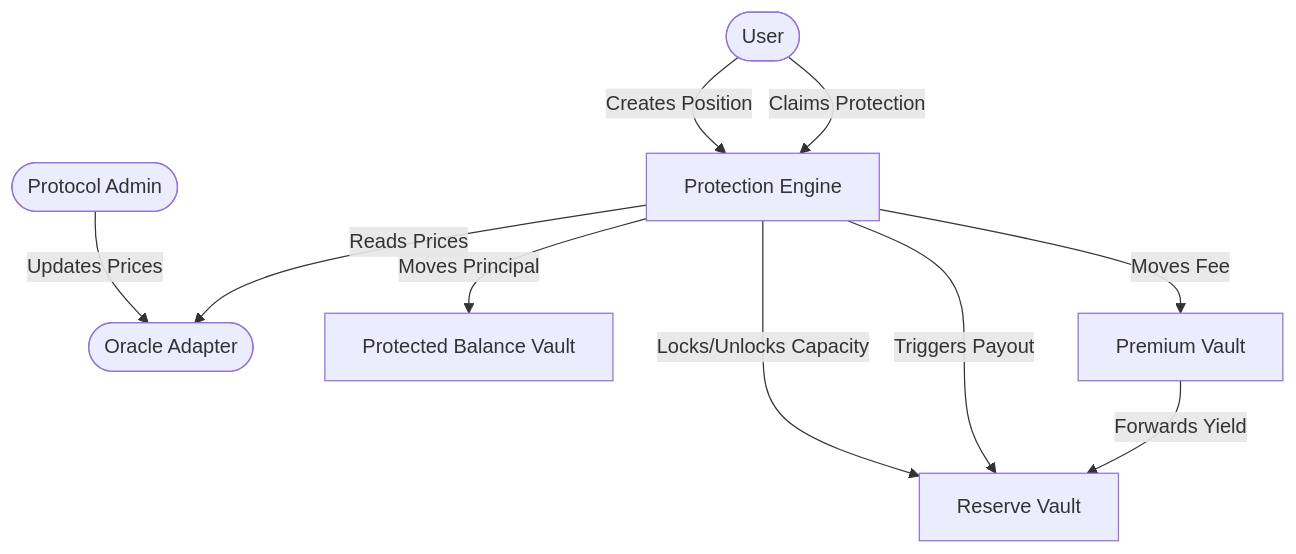
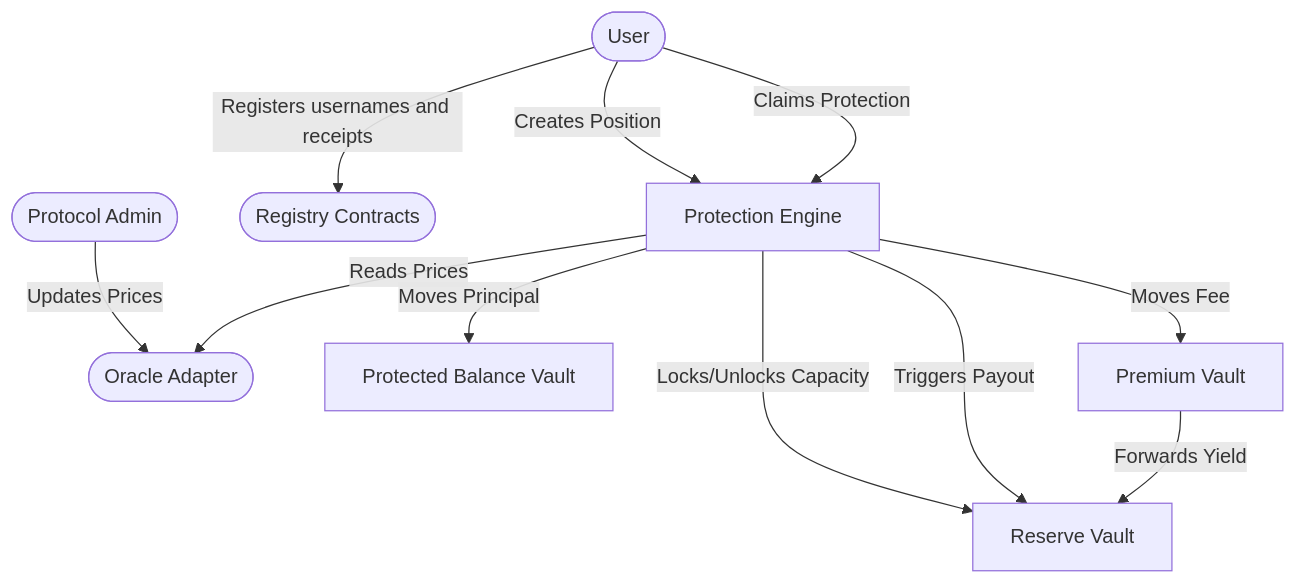
The diagram in smart-contracts/overview.mdx (CoverFI-space/coverfi-docs), drawn with Mermaid before and after one commit. The commit also changed other lines of this file and 14 other files, not shown here.

````diff
--- a/smart-contracts/overview.mdx
+++ b/smart-contracts/overview.mdx
@@ -12,22 +12,24 @@
 ```mermaid
 graph TD
     User([User])
     Admin([Protocol Admin])
     Oracle([Oracle Adapter])
+    Registries([Registry Contracts])
     Engine[Protection Engine]
     ProtectedVault[Protected Balance Vault]
     PremiumVault[Premium Vault]
     ReserveVault[Reserve Vault]
     
     User -->|Creates Position| Engine
     User -->|Claims Protection| Engine
     Admin -->|Updates Prices| Oracle
     
     Engine -->|Reads Prices| Oracle
     Engine -->|Moves Principal| ProtectedVault
     Engine -->|Moves Fee| PremiumVault
     Engine -->|Locks/Unlocks Capacity| ReserveVault
     Engine -->|Triggers Payout| ReserveVault
+    User -->|Registers usernames and receipts| Registries
     
     PremiumVault -->|Forwards Yield| ReserveVault
 ```
````
